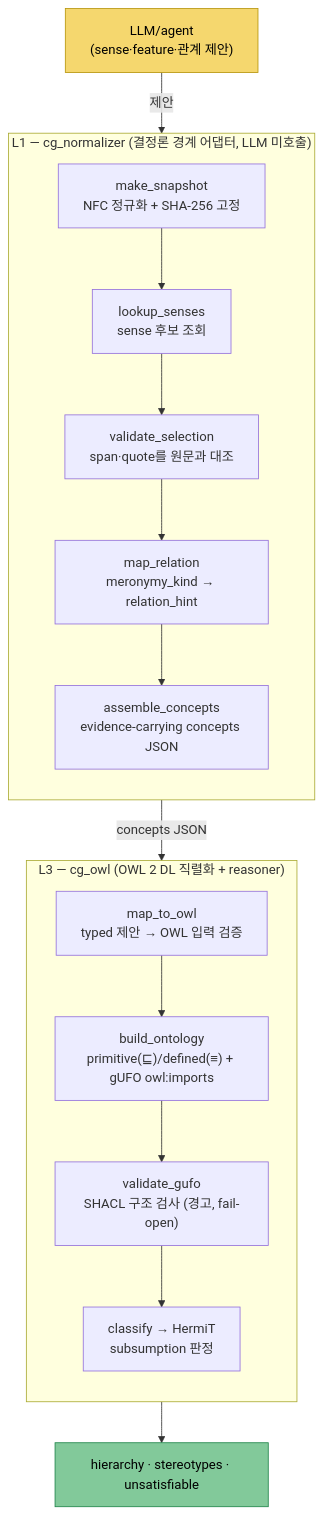
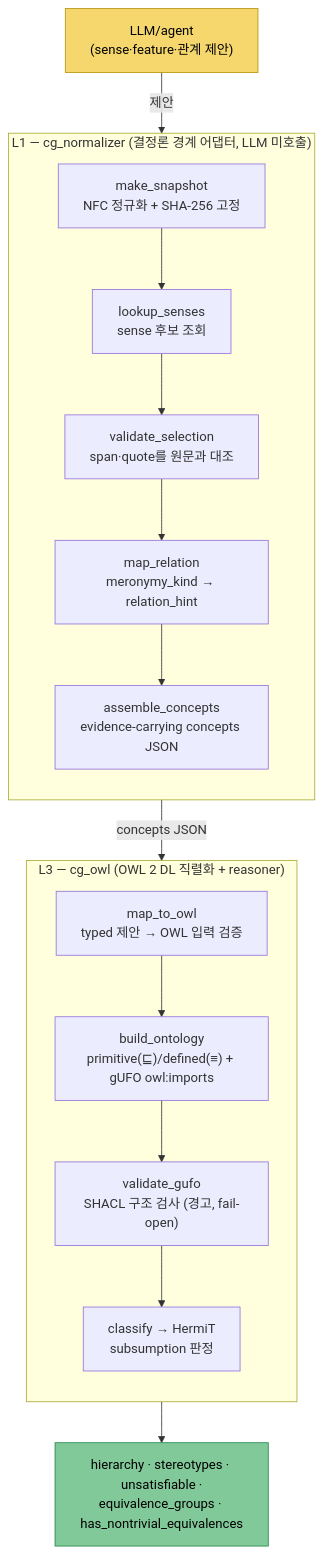
Before and after one commit to goodand/concept-gate-taxonomy: the first of 3 diagrams in docs/mechanism.md, drawn with Mermaid. The commit also changed other lines of this file and 1 other file, not shown here.

First line of the commit message:
docs(cg_owl): classify_owl 계약에 equivalence_groups·has_nontrivial 반영

````diff
--- a/docs/mechanism.md
+++ b/docs/mechanism.md
@@ -9,30 +9,30 @@
 ```mermaid
 flowchart TB
     AGENT["LLM/agent<br/>(sense·feature·관계 제안)"]:::llm
 
     subgraph L1["L1 — cg_normalizer (결정론 경계 어댑터, LLM 미호출)"]
         direction TB
         SNAP["make_snapshot<br/>NFC 정규화 + SHA-256 고정"]
         LOOK["lookup_senses<br/>sense 후보 조회"]
         SEL["validate_selection<br/>span·quote를 원문과 대조"]
         CROSS["map_relation<br/>meronymy_kind → relation_hint"]
         ASM["assemble_concepts<br/>evidence-carrying concepts JSON"]
         SNAP --> LOOK --> SEL --> CROSS --> ASM
     end
 
     subgraph L3["L3 — cg_owl (OWL 2 DL 직렬화 + reasoner)"]
         direction TB
         MAP["map_to_owl<br/>typed 제안 → OWL 입력 검증"]
         BUILD["build_ontology<br/>primitive(⊑)/defined(≡) + gUFO owl:imports"]
         SHACL["validate_gufo<br/>SHACL 구조 검사 (경고, fail-open)"]
         HERMIT["classify → HermiT<br/>subsumption 판정"]
         MAP --> BUILD --> SHACL --> HERMIT
     end
 
     AGENT -->|"제안"| SNAP
     ASM -->|"concepts JSON"| MAP
-    HERMIT --> OUT["hierarchy · stereotypes · unsatisfiable"]:::out
+    HERMIT --> OUT["hierarchy · stereotypes · unsatisfiable ·<br/>equivalence_groups · has_nontrivial_equivalences"]:::out
 
     classDef llm fill:#f5d76e,stroke:#b7950b,color:#000
     classDef out fill:#82c99a,stroke:#1e8449,color:#000
 ```
````
